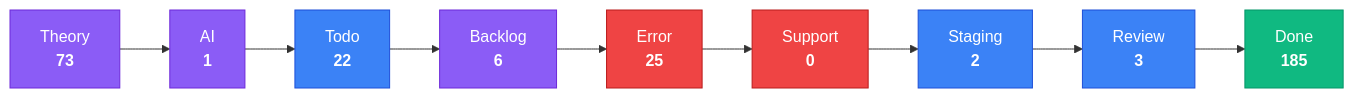
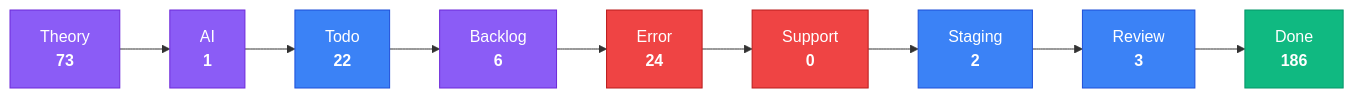
One commit to KBVE/kbve changed the third of 4 diagrams in apps/kbve/astro-kbve/src/content/docs/dashboard/kanban-data.mdx. Above: the diagram before and after it, drawn with Mermaid. The commit also changed other lines of this file and 6 other files, not shown here.

````diff
--- a/apps/kbve/astro-kbve/src/content/docs/dashboard/kanban-data.mdx
+++ b/apps/kbve/astro-kbve/src/content/docs/dashboard/kanban-data.mdx
@@ -80,28 +80,28 @@
 ```mermaid
 flowchart LR
     classDef planning fill:#8b5cf6,stroke:#6d28d9,color:#fff
     classDef active fill:#3b82f6,stroke:#1d4ed8,color:#fff
     classDef blocked fill:#ef4444,stroke:#b91c1c,color:#fff
     classDef done fill:#10b981,stroke:#059669,color:#fff
     Theory["Theory<br/><strong>73</strong>"]
     Theory --> AI
     AI["AI<br/><strong>1</strong>"]
     AI --> Todo
     Todo["Todo<br/><strong>22</strong>"]
     Todo --> Backlog
     Backlog["Backlog<br/><strong>6</strong>"]
     Backlog --> Error
-    Error["Error<br/><strong>25</strong>"]
+    Error["Error<br/><strong>24</strong>"]
     Error --> Support
     Support["Support<br/><strong>0</strong>"]
     Support --> Staging
     Staging["Staging<br/><strong>2</strong>"]
     Staging --> Review
     Review["Review<br/><strong>3</strong>"]
     Review --> Done
-    Done["Done<br/><strong>185</strong>"]
+    Done["Done<br/><strong>186</strong>"]
     class Theory,AI,Backlog planning
     class Todo,Staging,Review active
     class Error,Support blocked
     class Done done
 ```
````
